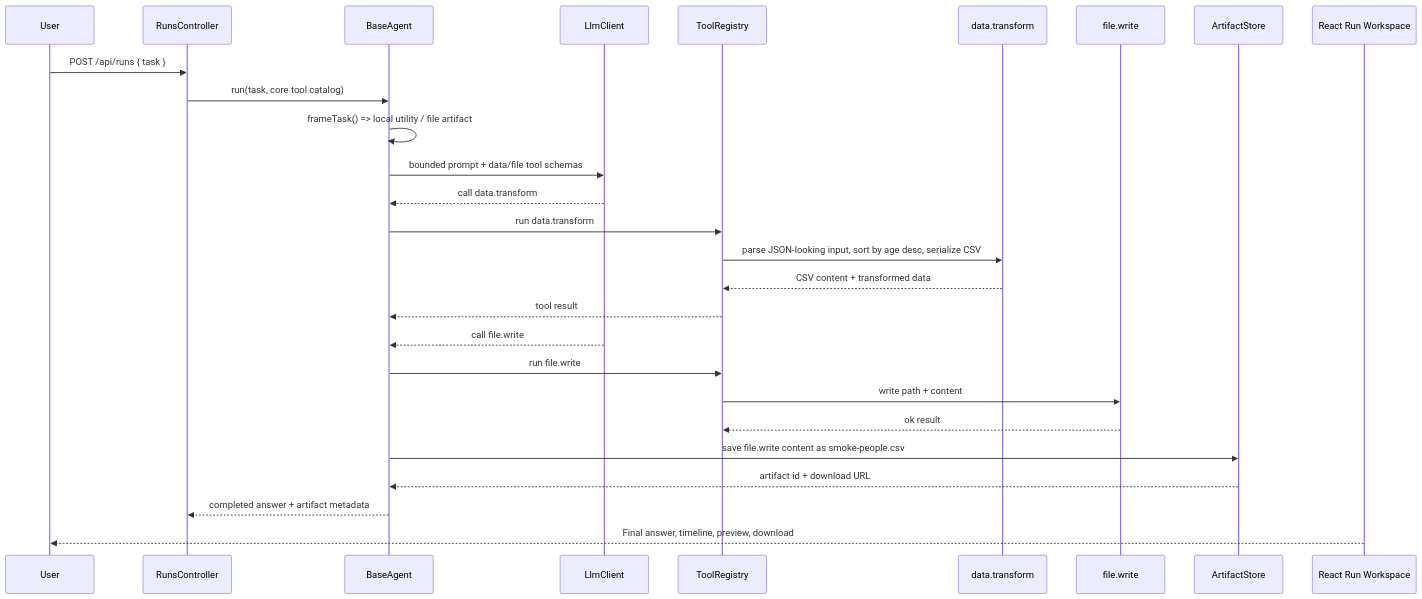
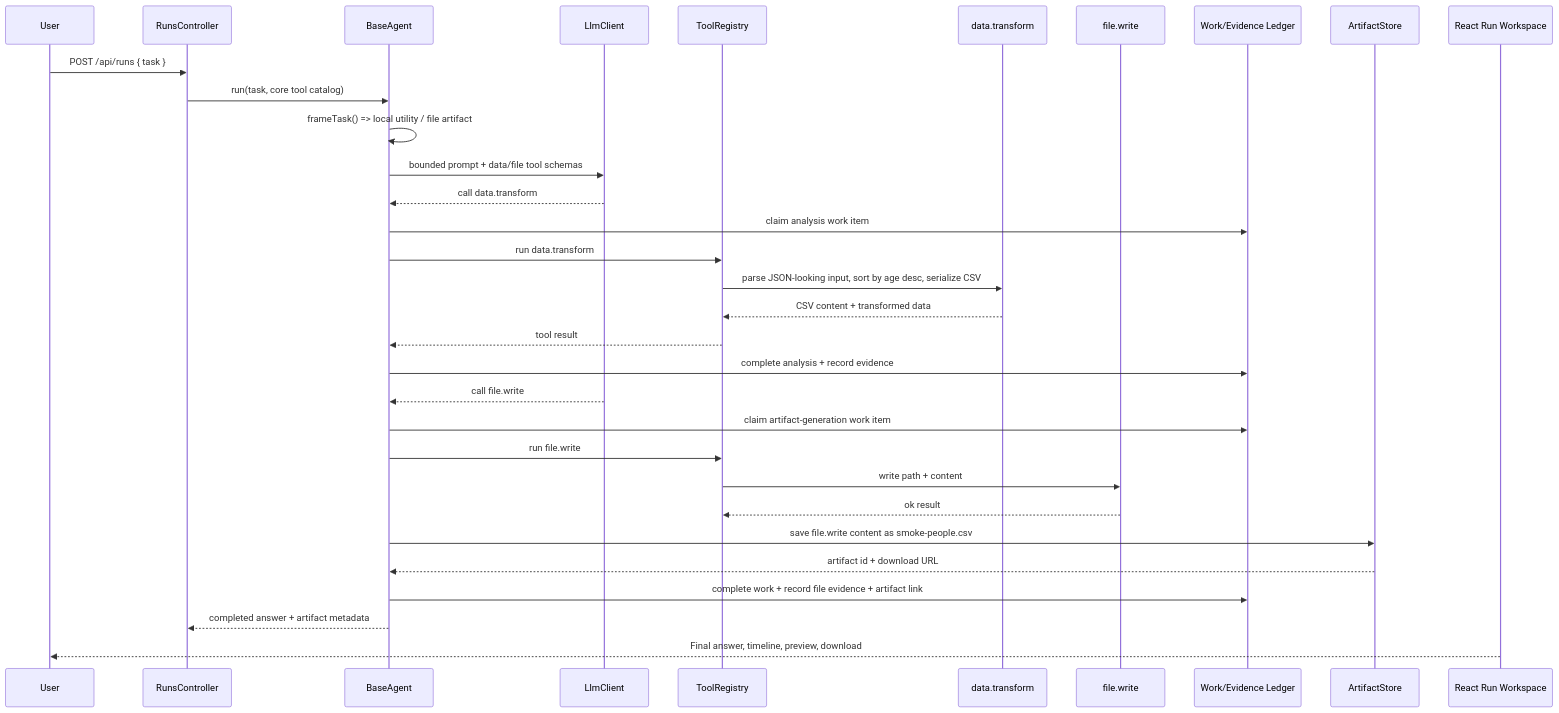
One commit to ruler47/agentic changed the third of 4 diagrams in docs/current-architecture.md. Above: the diagram before and after it, drawn with Mermaid. The commit also changed other lines of this file and 9 other files, not shown here.

````diff
--- a/docs/current-architecture.md
+++ b/docs/current-architecture.md
@@ -155,30 +166,35 @@
 ```mermaid
 sequenceDiagram
   participant User
   participant API as RunsController
   participant Agent as BaseAgent
   participant LLM as LlmClient
   participant Tools as ToolRegistry
   participant Data as data.transform
   participant File as file.write
+  participant Ledger as Work/Evidence Ledger
   participant Artifacts as ArtifactStore
   participant UI as React Run Workspace
 
   User->>API: POST /api/runs { task }
   API->>Agent: run(task, core tool catalog)
   Agent->>Agent: frameTask() => local utility / file artifact
   Agent->>LLM: bounded prompt + data/file tool schemas
   LLM-->>Agent: call data.transform
+  Agent->>Ledger: claim analysis work item
   Agent->>Tools: run data.transform
   Tools->>Data: parse JSON-looking input, sort by age desc, serialize CSV
   Data-->>Tools: CSV content + transformed data
   Tools-->>Agent: tool result
+  Agent->>Ledger: complete analysis + record evidence
   LLM-->>Agent: call file.write
+  Agent->>Ledger: claim artifact-generation work item
   Agent->>Tools: run file.write
   Tools->>File: write path + content
   File-->>Tools: ok result
   Agent->>Artifacts: save file.write content as smoke-people.csv
   Artifacts-->>Agent: artifact id + download URL
+  Agent->>Ledger: complete work + record file evidence + artifact link
   Agent-->>API: completed answer + artifact metadata
   UI-->>User: Final answer, timeline, preview, download
 ```
````
